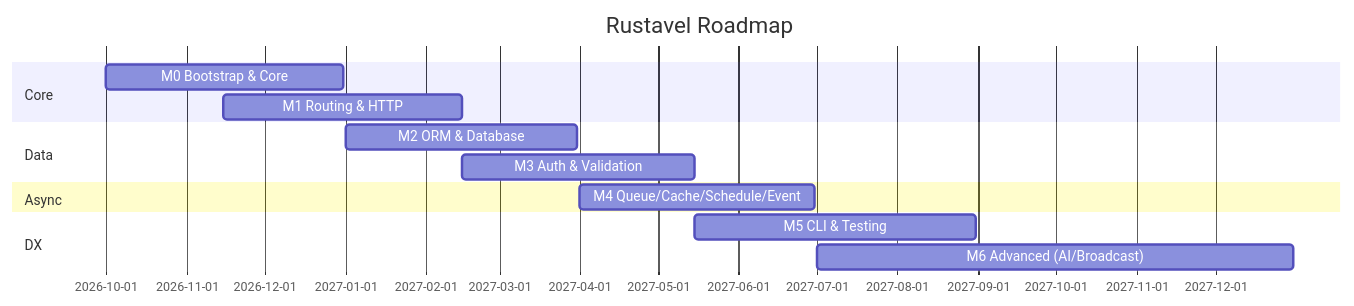
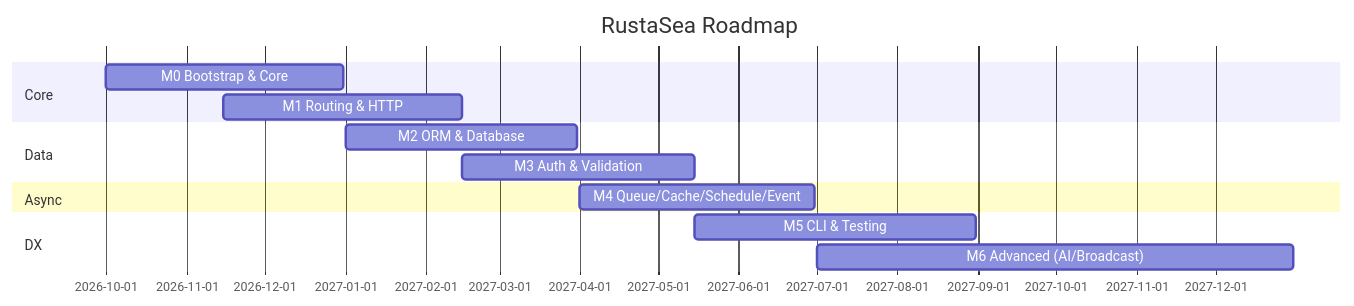
One commit to rustasea/rustasea changed the diagram in README.md. Above: the diagram before and after it, drawn with Mermaid. The commit also changed other lines of this file and 405 other files, not shown here.

First line of the commit message:
refactor: rebrand Rustavel → RustaSea

````diff
--- a/README.md
+++ b/README.md
@@ -293,16 +293,16 @@
 ```mermaid
 gantt
-    title Rustavel Roadmap
+    title RustaSea Roadmap
     dateFormat YYYY-MM-DD
     section Core
     M0 Bootstrap & Core          :m0, 2026-10-01, 2026-12-31
     M1 Routing & HTTP            :m1, 2026-11-15, 2027-02-15
     section Data
     M2 ORM & Database            :m2, 2027-01-01, 2027-03-31
     M3 Auth & Validation         :m3, 2027-02-15, 2027-05-15
     section Async
     M4 Queue/Cache/Schedule/Event :m4, 2027-04-01, 2027-06-30
     section DX
     M5 CLI & Testing             :m5, 2027-05-15, 2027-08-31
     M6 Advanced (AI/Broadcast)   :m6, 2027-07-01, 2027-12-31
 ```
````
